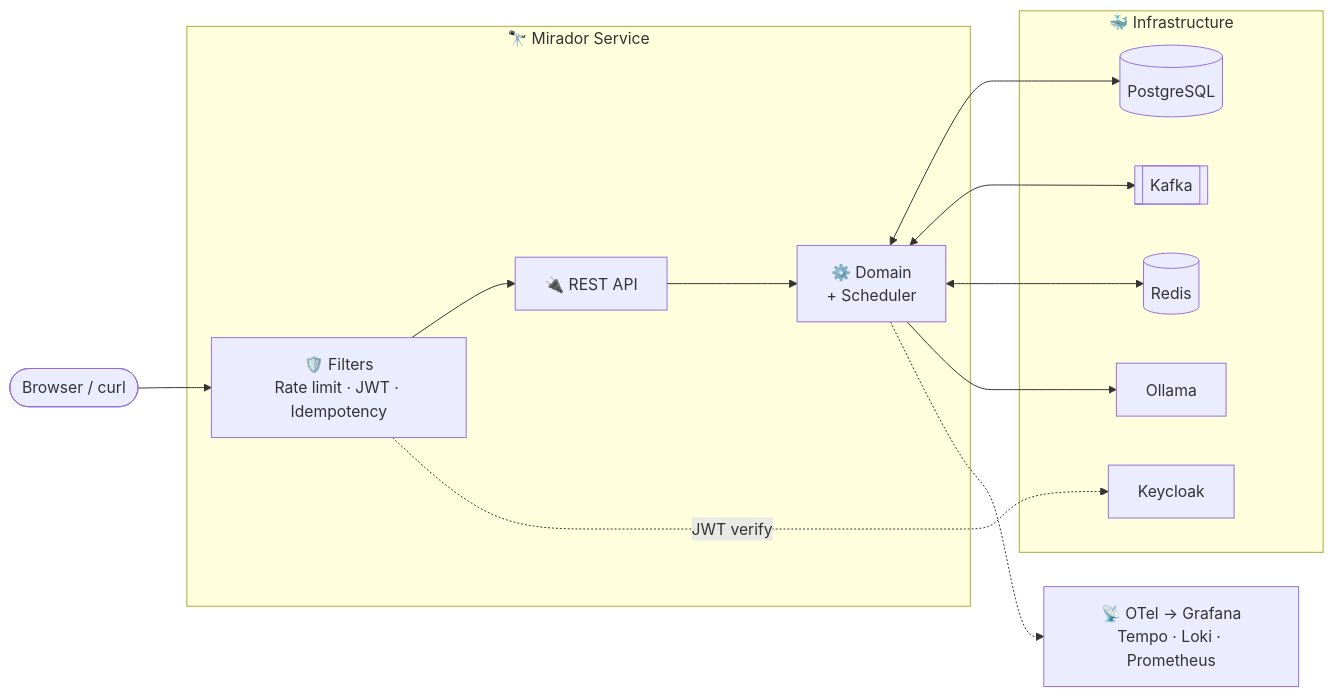
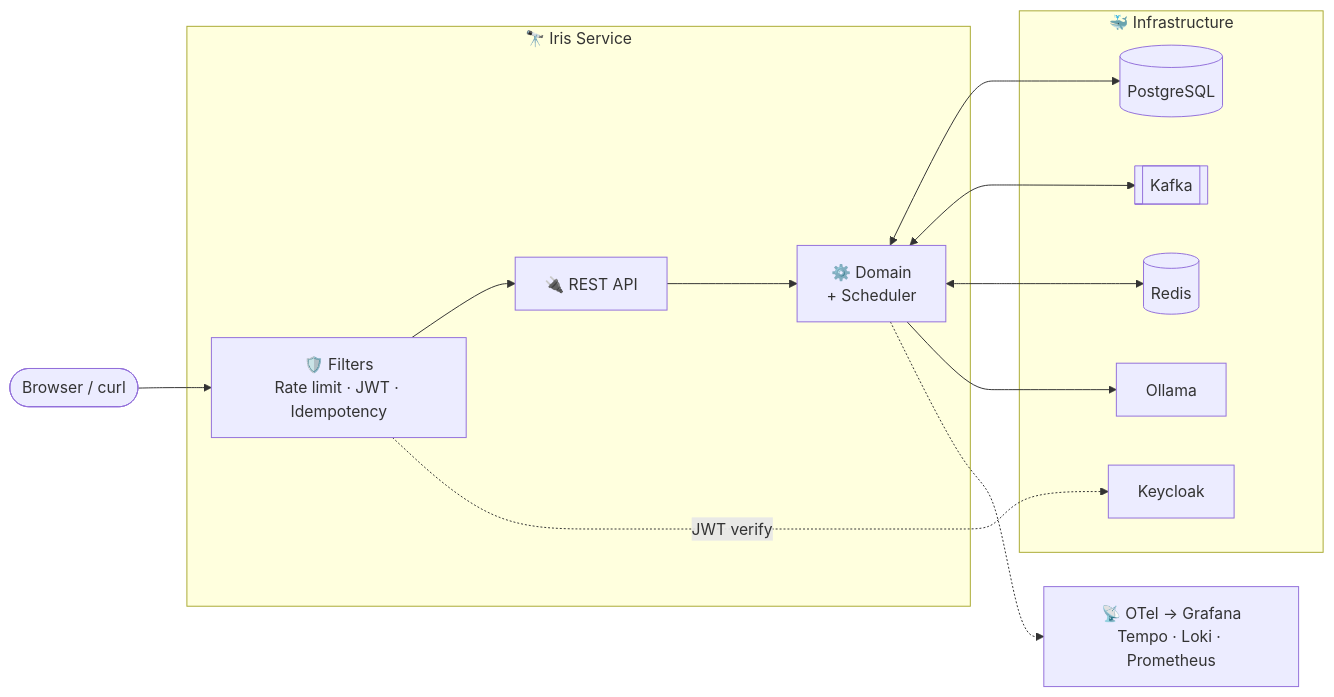
Before and after one commit to mirador1/mirador-service: the diagram in README.md, drawn with Mermaid. The commit also changed other lines of this file and 1 other file, not shown here.

First line of the commit message:
chore(readme): cleanup post-Iris-rebrand drift

````diff
--- a/README.md
+++ b/README.md
@@ -506,26 +501,26 @@
 ```mermaid
 flowchart LR
     Browser(["Browser / curl"])
 
-    subgraph SB["🔭 Mirador Service"]
+    subgraph SB["🔭 Iris Service"]
         F["🛡️ Filters\nRate limit · JWT · Idempotency"]
         API["🔌 REST API"]
         SVC["⚙️ Domain\n+ Scheduler"]
     end
 
     subgraph Infra["🐳 Infrastructure"]
         PG[("PostgreSQL")]
         KF[["Kafka"]]
         RD[("Redis")]
         KC["Keycloak"]
         OL["Ollama"]
     end
 
     OTEL["📡 OTel → Grafana\nTempo · Loki · Prometheus"]
 
     Browser --> F --> API --> SVC
     SVC <--> PG & KF & RD
     SVC --> OL
     F -.->|JWT verify| KC
     SVC -.-> OTEL
 ```
````
